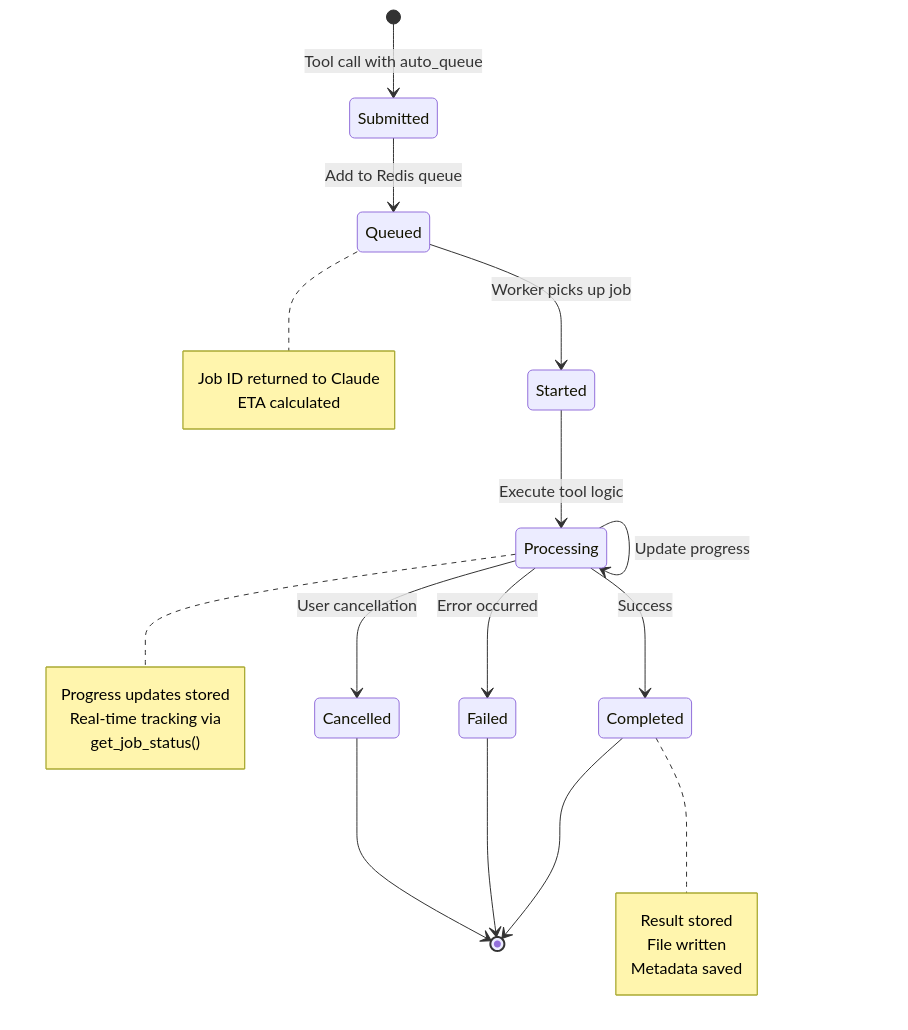
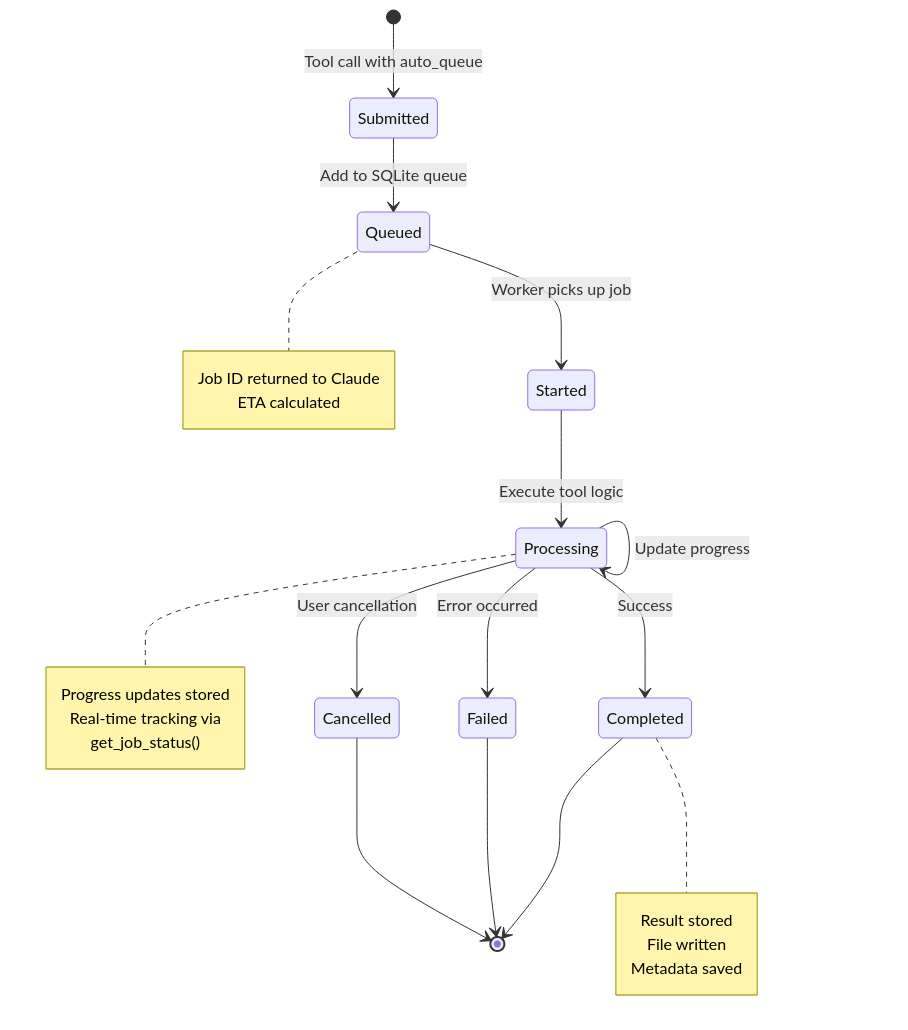
Before and after one commit to Enablement-Engineering/gobbler: the ninth of 9 diagrams in docs/ARCHITECTURE-VISUAL.md, drawn with Mermaid. The commit also changed other lines of this file, not shown here.

First line of the commit message:
docs: fix Architecture Visual Guide - Redis to SQLite

````diff
--- a/docs/ARCHITECTURE-VISUAL.md
+++ b/docs/ARCHITECTURE-VISUAL.md
@@ -433,35 +424,35 @@
 ```mermaid
 stateDiagram-v2
     [*] --> Submitted: Tool call with auto_queue
 
-    Submitted --> Queued: Add to Redis queue
+    Submitted --> Queued: Add to SQLite queue
     Queued --> Started: Worker picks up job
 
     Started --> Processing: Execute tool logic
     Processing --> Processing: Update progress
 
     Processing --> Completed: Success
     Processing --> Failed: Error occurred
     Processing --> Cancelled: User cancellation
 
     Completed --> [*]
     Failed --> [*]
     Cancelled --> [*]
 
     note right of Queued
         Job ID returned to Claude
         ETA calculated
     end note
 
     note right of Processing
         Progress updates stored
         Real-time tracking via
         get_job_status()
     end note
 
     note right of Completed
         Result stored
         File written
         Metadata saved
     end note
 ```
````
